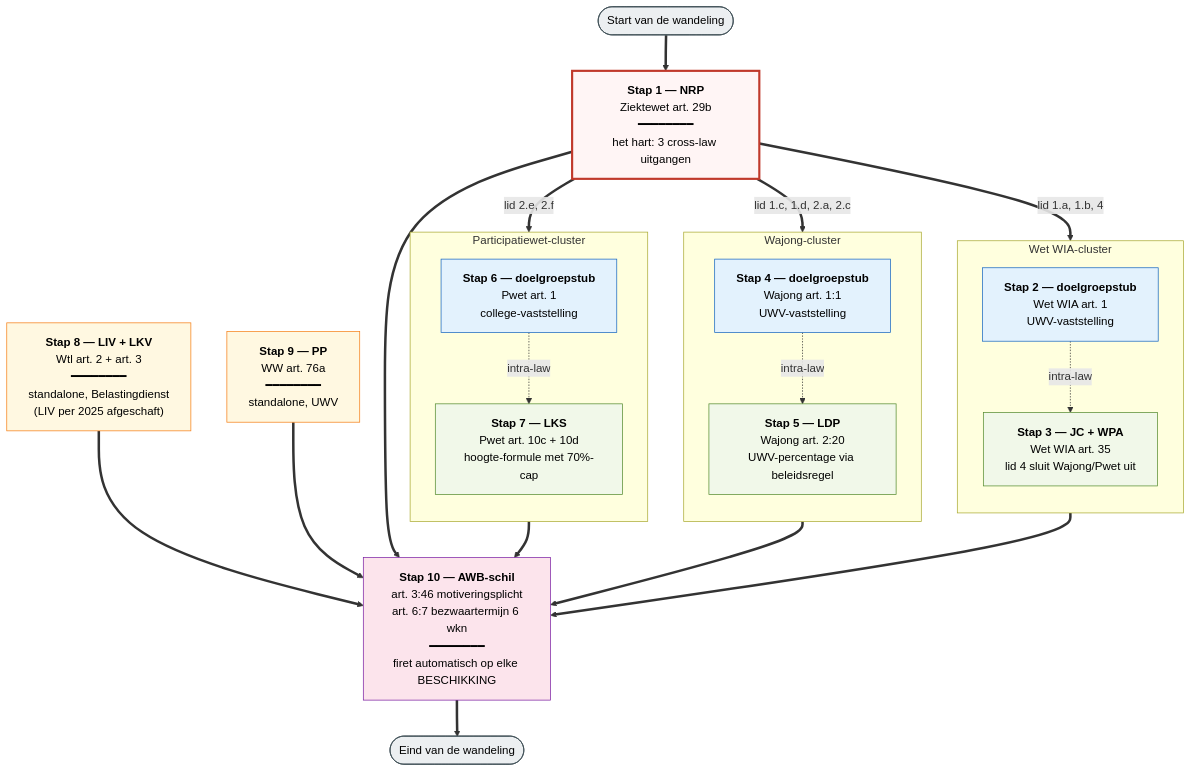
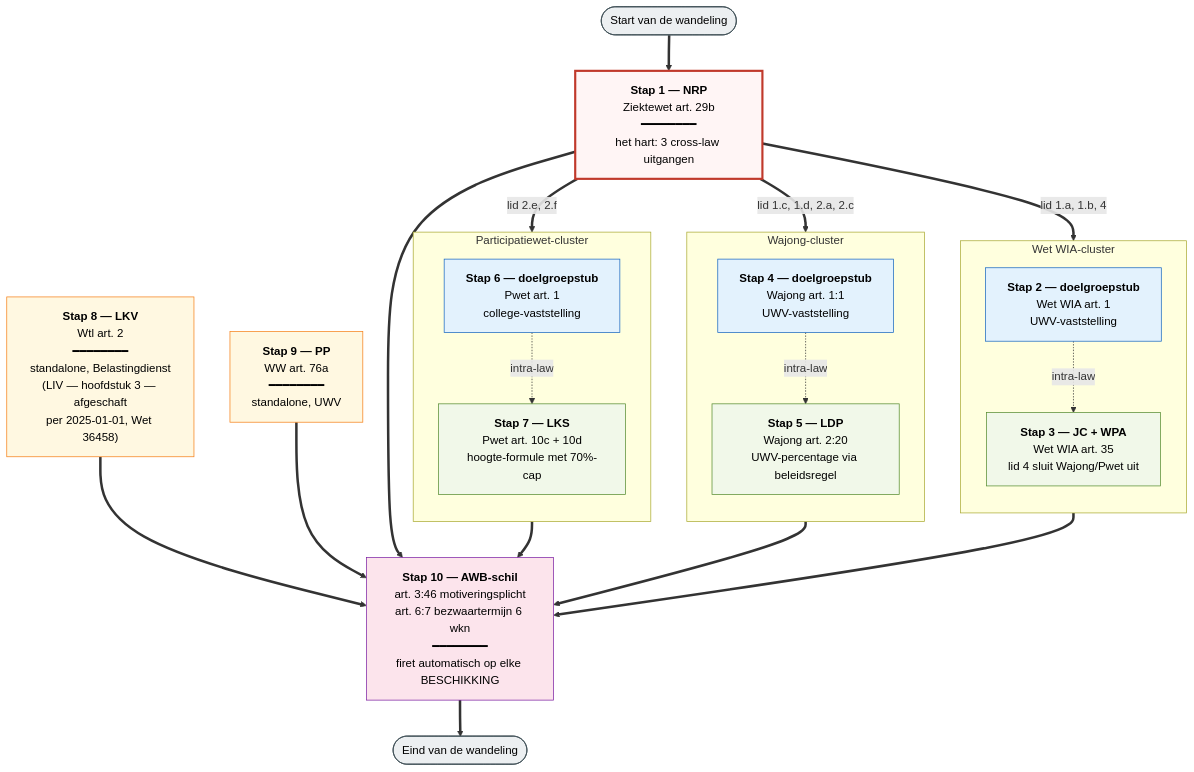
One commit to MinBZK/regelrecht changed the first of 2 diagrams in docs/financieel-cv/wandelpad.md. Above: the diagram before and after it, drawn with Mermaid. The commit also changed other lines of this file and 4 other files, not shown here.

````diff
--- a/docs/financieel-cv/wandelpad.md
+++ b/docs/financieel-cv/wandelpad.md
@@ -7,53 +12,53 @@
 ```mermaid
 flowchart TB
   classDef hub fill:#fff5f5,stroke:#c0392b,stroke-width:3px,color:#000;
   classDef stub fill:#e3f2fd,stroke:#1565c0,color:#000;
   classDef regeling fill:#f1f8e9,stroke:#558b2f,color:#000;
   classDef alone fill:#fff8e1,stroke:#f57f17,color:#000;
   classDef proces fill:#fce4ec,stroke:#7b1fa2,color:#000;
   classDef terminal fill:#eceff1,stroke:#37474f,color:#000;
 
   Start([Start van de wandeling]):::terminal
   Start ==> S1
 
   S1["<b>Stap 1 — NRP</b><br/>Ziektewet art. 29b<br/>━━━━━━━━<br/>het hart: 3 cross-law uitgangen"]:::hub
 
   S1 ==>|"lid 1.a, 1.b, 4"| S2
   S1 ==>|"lid 1.c, 1.d, 2.a, 2.c"| S4
   S1 ==>|"lid 2.e, 2.f"| S6
 
   subgraph WIA_C["Wet WIA-cluster"]
     direction TB
     S2["<b>Stap 2 — doelgroepstub</b><br/>Wet WIA art. 1<br/>UWV-vaststelling"]:::stub
     S3["<b>Stap 3 — JC + WPA</b><br/>Wet WIA art. 35<br/>lid 4 sluit Wajong/Pwet uit"]:::regeling
     S2 -.->|intra-law| S3
   end
 
   subgraph WAJ_C["Wajong-cluster"]
     direction TB
     S4["<b>Stap 4 — doelgroepstub</b><br/>Wajong art. 1:1<br/>UWV-vaststelling"]:::stub
     S5["<b>Stap 5 — LDP</b><br/>Wajong art. 2:20<br/>UWV-percentage via beleidsregel"]:::regeling
     S4 -.->|intra-law| S5
   end
 
   subgraph PWET_C["Participatiewet-cluster"]
     direction TB
     S6["<b>Stap 6 — doelgroepstub</b><br/>Pwet art. 1<br/>college-vaststelling"]:::stub
     S7["<b>Stap 7 — LKS</b><br/>Pwet art. 10c + 10d<br/>hoogte-formule met 70%-cap"]:::regeling
     S6 -.->|intra-law| S7
   end
 
-  S8["<b>Stap 8 — LIV + LKV</b><br/>Wtl art. 2 + art. 3<br/>━━━━━━━━<br/>standalone, Belastingdienst<br/>(LIV per 2025 afgeschaft)"]:::alone
+  S8["<b>Stap 8 — LKV</b><br/>Wtl art. 2<br/>━━━━━━━━<br/>standalone, Belastingdienst<br/>(LIV — hoofdstuk 3 — afgeschaft<br/>per 2025-01-01, Wet 36458)"]:::alone
   S9["<b>Stap 9 — PP</b><br/>WW art. 76a<br/>━━━━━━━━<br/>standalone, UWV"]:::alone
 
   S3 ==> S10
   S5 ==> S10
   S7 ==> S10
   S8 ==> S10
   S9 ==> S10
   S1 ==> S10
 
   S10["<b>Stap 10 — AWB-schil</b><br/>art. 3:46 motiveringsplicht<br/>art. 6:7 bezwaartermijn 6 wkn<br/>━━━━━━━━<br/>firet automatisch op elke BESCHIKKING"]:::proces
 
   S10 ==> Eind([Eind van de wandeling]):::terminal
 ```
````
